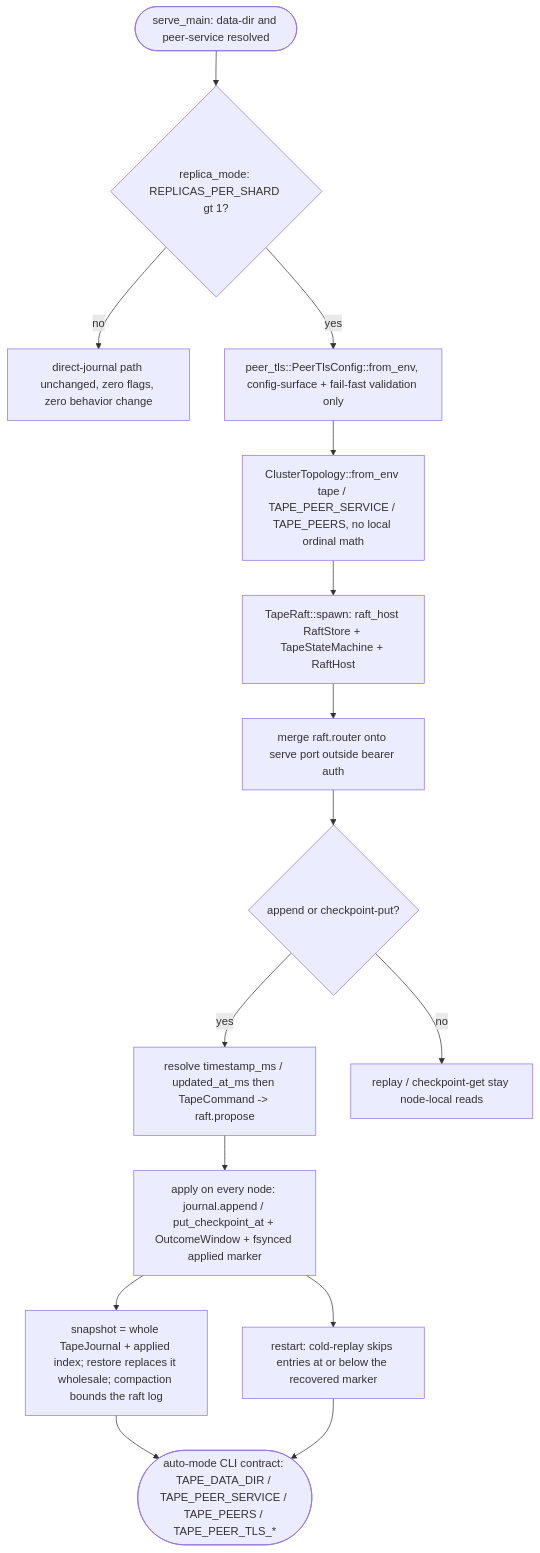
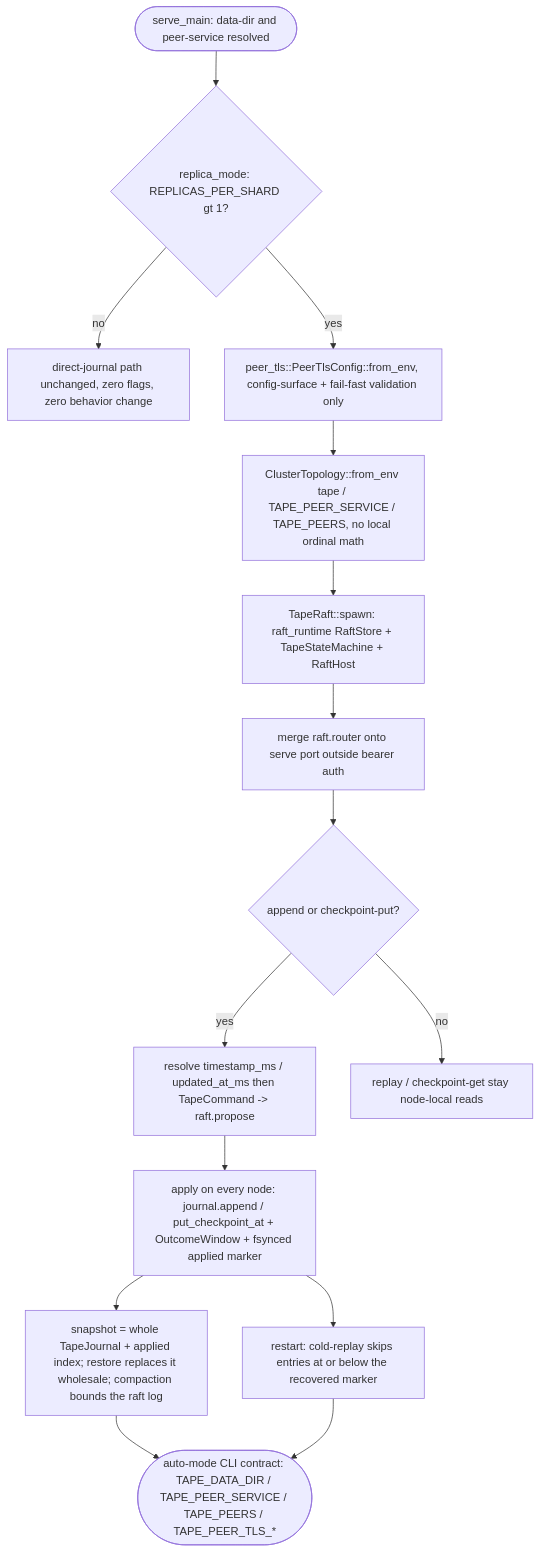
The first of 2 diagrams in apps/tape/tech-design/logic/tape-raft-host-primary-replicas.md (chrischeng-c4/axiom), drawn with Mermaid before and after one commit. The commit also changed other lines of this file and 175 other files, not shown here.

````diff
--- a/apps/tape/tech-design/logic/tape-raft-host-primary-replicas.md
+++ b/apps/tape/tech-design/logic/tape-raft-host-primary-replicas.md
@@ -34,78 +34,78 @@
 ```mermaid
 ---
 id: tape-raft-host-flow
 entry: boot
 nodes:
   boot:
     kind: start
     label: "serve_main: existing config resolution unchanged (bind, store, grace, auth). New: --data-dir (TAPE_DATA_DIR) for durable raft state and --peer-service (TAPE_PEER_SERVICE, default tape) for the headless-Service peer DNS template"
   mode:
     kind: decision
-    label: "raft_host::cluster::replica_mode(): REPLICAS_PER_SHARD > 1 from the standard downward-API quartet? Unset env or 1 replica = single-node -- the auto-mode switch; no tape-specific flags"
+    label: "raft_runtime::cluster::replica_mode(): REPLICAS_PER_SHARD > 1 from the standard downward-API quartet? Unset env or 1 replica = single-node -- the auto-mode switch; no tape-specific flags"
   single:
     kind: process
     label: "Single-node path (default, AC1): today's direct-journal router exactly -- append/replay/checkpoint hit Arc<Mutex<TapeJournal>> in-process, --store file persistence unchanged; no raft task, no peer surface, zero behavior change"
   peertls:
     kind: process
-    label: "Peer TLS material (config-surface + fail-fast validation ONLY, mirroring relay #1209): tape::peer_tls::PeerTlsConfig::from_env() (TAPE_PEER_TLS_CERT/KEY/CA, TAPE_PEER_MTLS=on|off) loads + validates BEFORE the raft group spawns -- partial config or a mis-pointed path is a startup error. raft-host's h2c peer transport has no TLS acceptor/connector seam yet (the shared gap also filed against relay/keep/lumen), so termination is NOT applied; peer RPCs stay plain h2c either way"
+    label: "Peer TLS material (config-surface + fail-fast validation ONLY, mirroring relay #1209): tape::peer_tls::PeerTlsConfig::from_env() (TAPE_PEER_TLS_CERT/KEY/CA, TAPE_PEER_MTLS=on|off) loads + validates BEFORE the raft group spawns -- partial config or a mis-pointed path is a startup error. raft-runtime's h2c peer transport has no TLS acceptor/connector seam yet (the shared gap also filed against relay/keep/lumen), so termination is NOT applied; peer RPCs stay plain h2c either way"
   topo:
     kind: process
     label: "HA path: ClusterTopology::from_env('tape', peer_service, port-from-bind, 'TAPE_PEERS') -- node_id = replica index, voters 0..VOTER_COUNT, peer URLs tape-<ordinal>.<svc>:<port> or the TAPE_PEERS local override. NO local ordinal math"
   spawn:
     kind: process
-    label: "TapeRaft::spawn: raft_host::RaftStore::open({data_dir}/raft, node_id, FsyncPolicy::Always); TapeStateMachine::new(Arc<Mutex<TapeJournal>>, marker path) recovers its applied floor from applied-<node_id>.idx; RaftHost::spawn(node_id, membership, peers, store, sm, HostConfig{ snapshot: EveryEntries(SNAPSHOT_EVERY) })"
+    label: "TapeRaft::spawn: raft_runtime::RaftStore::open({data_dir}/raft, node_id, FsyncPolicy::Always); TapeStateMachine::new(Arc<Mutex<TapeJournal>>, marker path) recovers its applied floor from applied-<node_id>.idx; RaftHost::spawn(node_id, membership, peers, store, sm, HostConfig{ snapshot: EveryEntries(SNAPSHOT_EVERY) })"
   mount:
     kind: process
     label: "app = router(state-with-raft).merge(raft.router()): /raft/request-vote, /raft/append-entries, /raft/install-snapshot, /raft/propose, /raftz ride the SAME serve port but OUTSIDE the bearer-auth /topics data plane (cluster traffic, tokenless like probes)"
   write:
     kind: decision
     label: "Data-plane append / checkpoint-put: HA mode? Resolve the deterministic fields BEFORE proposing (timestamp_ms / updated_at_ms via now_ms() at the handler, never inside apply) so every replica computes the identical event/checkpoint"
   propose:
     kind: process
     label: "Encode TapeCommand::Append{topic,key,payload,timestamp_ms} or TapeCommand::CheckpointPut{topic,consumer,offset,updated_at_ms} and raft.propose(cmd) -- the host proposes locally on the leader or forwards to the leader (421 not-leader hint for a direct follower POST), waits for THIS node's apply (read-your-write)"
   apply:
     kind: process
     label: "TapeStateMachine::apply(index, cmd) on EVERY node, once, in index order: locks the shared TapeJournal and calls journal.append(..., Some(timestamp_ms)) or journal.put_checkpoint_at(..., updated_at_ms) -- the SAME validated domain methods the single-node path uses, unchanged append-ordering/retention/stale-checkpoint semantics; the outcome (TapeEvent or Result<ConsumerCheckpoint,TapeError>) is stashed in an OutcomeWindow keyed by raft index so the proposing handler returns the real domain result; then the applied marker file (tmp+rename+fsync in the raft dir) records the floor"
   floor:
     kind: process
     label: "Restart honesty: RaftHost cold-replays resident committed entries; entries at or below the recovered marker are SKIPPED. Tape's journal is pure-append (no delete-on-ack), so a naive replay is merely wasteful without a floor, but checkpoint-put replay could regress or reject a later checkpoint out of order -- the durable marker (relay's proven approach, NOT keep's derive-at-recovery) is the floor for both command kinds so cold replay can never re-apply an already-applied entry"
   snap:
     kind: process
     label: "SnapshotPolicy::EveryEntries: the host calls sm.snapshot() = serde_json of { up_to: applied index, journal: the whole TapeJournal (topics + checkpoints) } -- a full-state snapshot is correct (not a live/un-acked subset like relay) because tape never trims history; node.compact bounds the raft log. restore() (follower InstallSnapshot / cold-start) replaces the shared TapeJournal wholesale and sets the applied floor to up_to"
   local:
     kind: terminal
     label: "replay / checkpoint_get stay NODE-LOCAL reads against the same shared Arc<Mutex<TapeJournal>> the state machine mutates -- no raft round-trip needed for reads (linearizable-enough for this slice; strict read-index consistency is a documented follow-up, same as every other raft_core adopter's default read path)"
   serve:
     kind: terminal
     label: "Auto-mode CLI contract: TAPE_DATA_DIR required in replica/HA mode (fail fast otherwise); TAPE_PEER_SERVICE / TAPE_PEERS as above; TAPE_PEER_TLS_* / TAPE_PEER_MTLS validated at startup. No k8s manifest exists yet for tape (unlike relay) so this slice stops at the CLI + library layer -- a future WI adds the StatefulSet"
 edges:
   - { from: boot, to: mode }
   - { from: mode, to: single, label: "no cluster env / 1 replica" }
   - { from: mode, to: peertls, label: "REPLICAS_PER_SHARD > 1" }
   - { from: peertls, to: topo }
   - { from: topo, to: spawn }
   - { from: spawn, to: mount }
   - { from: mount, to: write }
   - { from: write, to: propose, label: "HA mode" }
   - { from: propose, to: apply, label: "propose -> commit -> sole applier" }
   - { from: apply, to: floor, label: "marker persisted per apply" }
   - { from: apply, to: snap, label: "applied - snapshot_index >= threshold" }
   - { from: write, to: local, label: "non-write verbs" }
   - { from: snap, to: serve }
 ---
 flowchart TD
     boot([serve_main: data-dir and peer-service resolved]) --> mode{replica_mode: REPLICAS_PER_SHARD gt 1?}
     mode -->|no| single[direct-journal path unchanged, zero flags, zero behavior change]
     mode -->|yes| peertls[peer_tls::PeerTlsConfig::from_env, config-surface + fail-fast validation only]
     peertls --> topo[ClusterTopology::from_env tape / TAPE_PEER_SERVICE / TAPE_PEERS, no local ordinal math]
-    topo --> spawn[TapeRaft::spawn: raft_host RaftStore + TapeStateMachine + RaftHost]
+    topo --> spawn[TapeRaft::spawn: raft_runtime RaftStore + TapeStateMachine + RaftHost]
     spawn --> mount[merge raft.router onto serve port outside bearer auth]
     mount --> write{append or checkpoint-put?}
     write -->|yes| propose[resolve timestamp_ms / updated_at_ms then TapeCommand -> raft.propose]
     propose --> apply[apply on every node: journal.append / put_checkpoint_at + OutcomeWindow + fsynced applied marker]
     write -->|no| local[replay / checkpoint-get stay node-local reads]
     apply --> floor[restart: cold-replay skips entries at or below the recovered marker]
     apply --> snap[snapshot = whole TapeJournal + applied index; restore replaces it wholesale; compaction bounds the raft log]
     snap --> serve([auto-mode CLI contract: TAPE_DATA_DIR / TAPE_PEER_SERVICE / TAPE_PEERS / TAPE_PEER_TLS_*])
     floor --> serve
 ```
````
